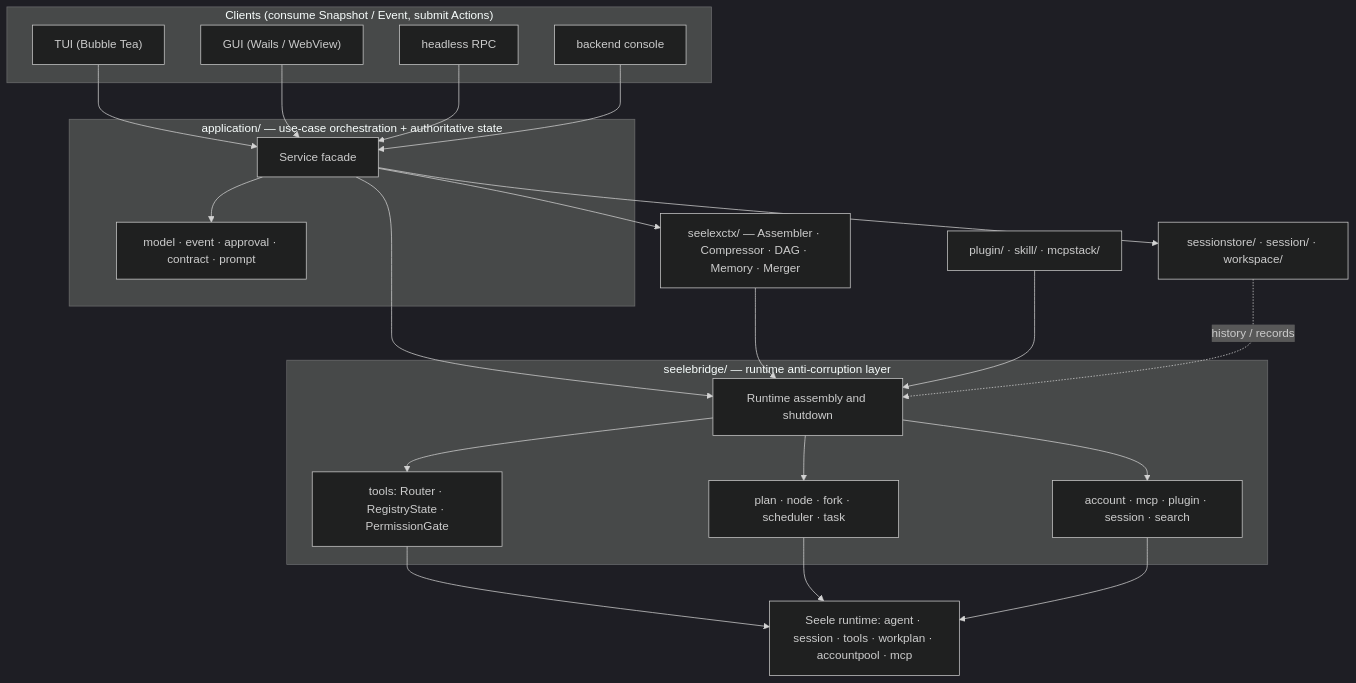
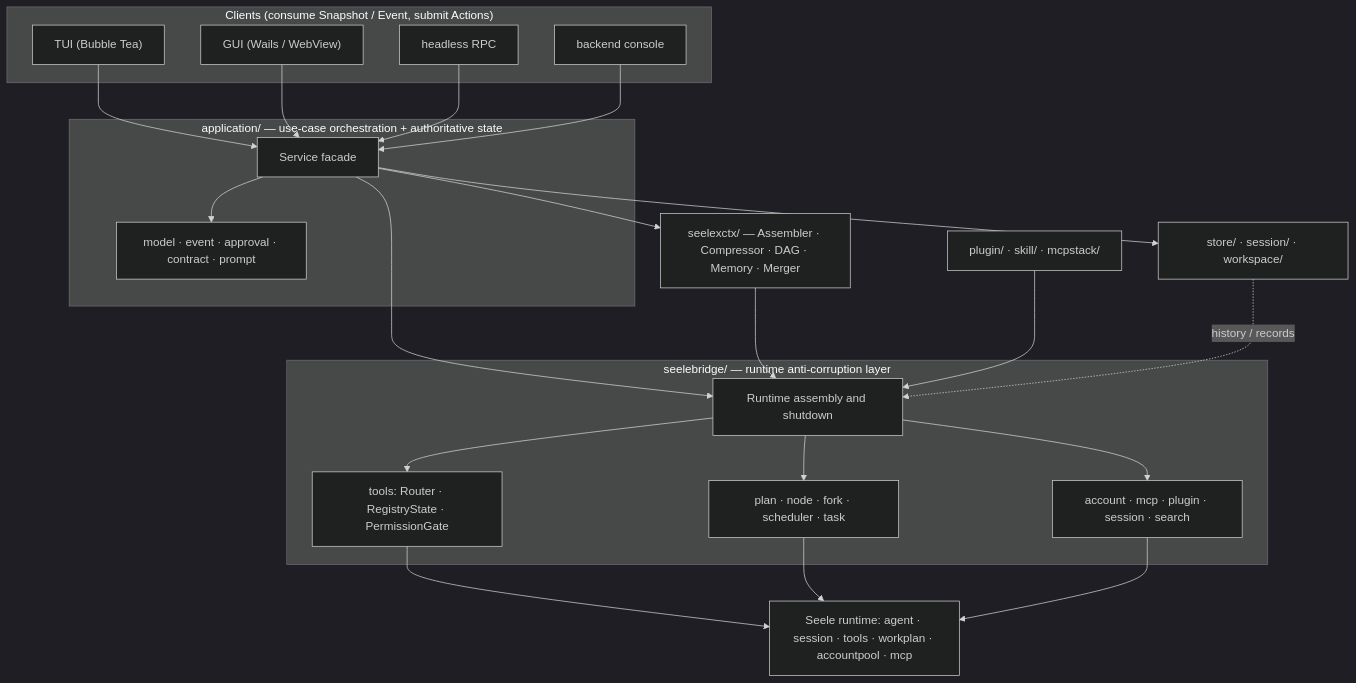
The first of 3 diagrams in README_EN.md (RedHuang-0622/seelex), drawn with Mermaid (dark theme) before and after one commit. The commit also changed other lines of this file and 1013 other files, not shown here.

````diff
--- a/README_EN.md
+++ b/README_EN.md
@@ -95,44 +95,44 @@
 ```mermaid
 flowchart TB
     subgraph L1["Clients (consume Snapshot / Event, submit Actions)"]
         TUI["TUI (Bubble Tea)"]
         GUI["GUI (Wails / WebView)"]
         HL["headless RPC"]
         BE["backend console"]
     end
 
     subgraph L2["application/ — use-case orchestration + authoritative state"]
         SVC["Service facade"]
         STATE["model · event · approval · contract · prompt"]
     end
 
     subgraph L3["seelebridge/ — runtime anti-corruption layer"]
         RT["Runtime assembly and shutdown"]
         TOOLS["tools: Router · RegistryState · PermissionGate"]
         ORCH["plan · node · fork · scheduler · task"]
         CAP["account · mcp · plugin · session · search"]
     end
 
     CTX["seelexctx/ — Assembler · Compressor · DAG · Memory · Merger"]
-    PERSIST["sessionstore/ · session/ · workspace/"]
+    PERSIST["store/ · session/ · workspace/"]
     EXT["plugin/ · skill/ · mcpstack/"]
     SEELE["Seele runtime: agent · session · tools · workplan · accountpool · mcp"]
 
     TUI --> SVC
     GUI --> SVC
     HL --> SVC
     BE --> SVC
     SVC --> STATE
     SVC --> RT
     SVC --> CTX
     SVC --> PERSIST
     RT --> TOOLS
     RT --> ORCH
     RT --> CAP
     CTX --> RT
     EXT --> RT
     TOOLS --> SEELE
     ORCH --> SEELE
     CAP --> SEELE
     PERSIST -.->|history / records| RT
 ```
````
